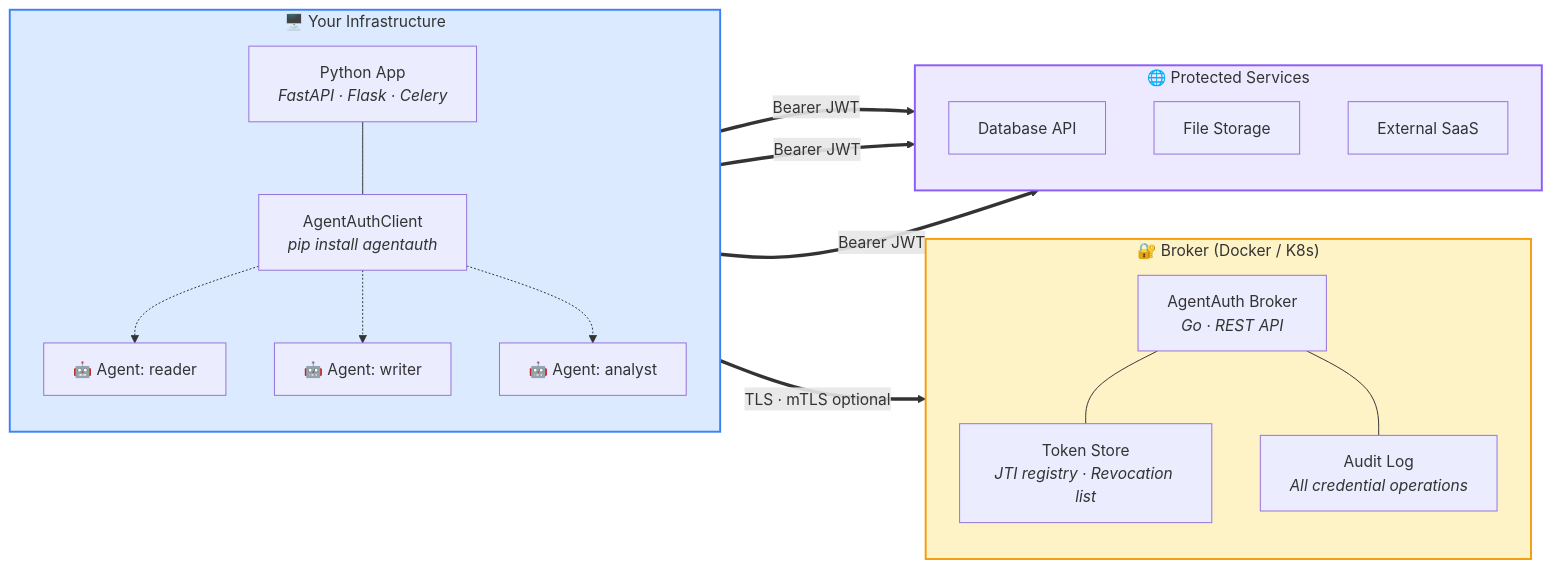
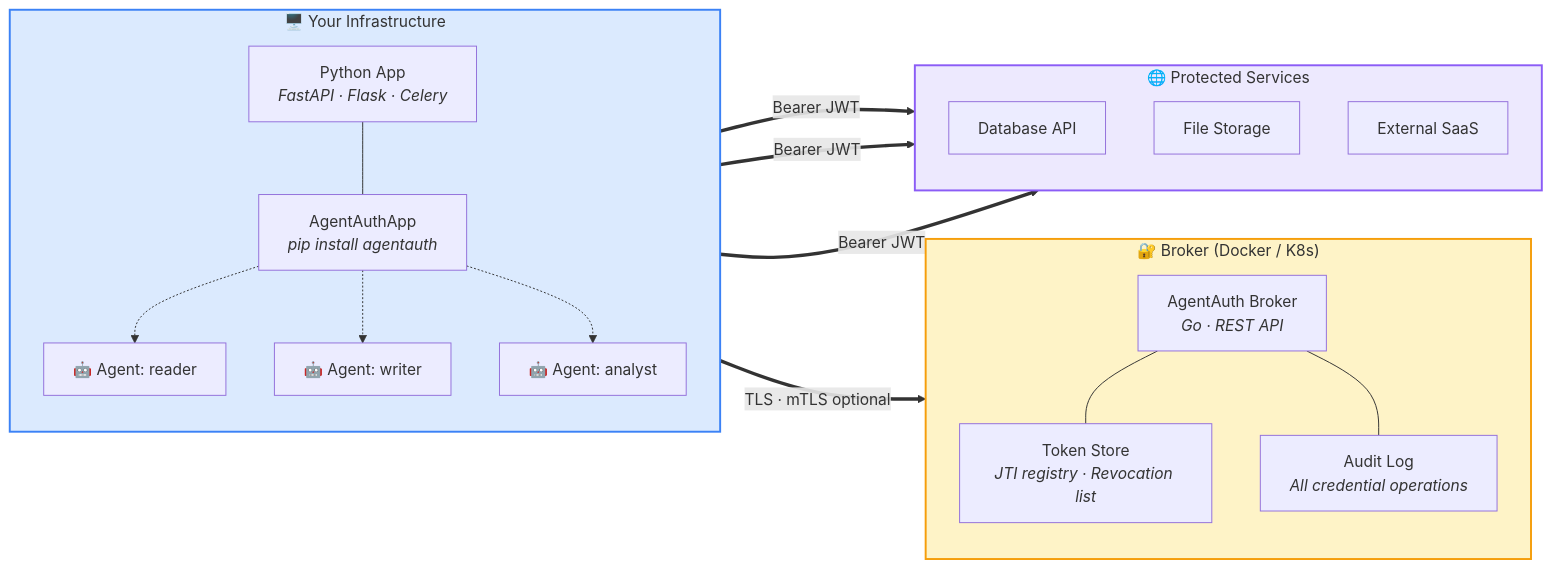
One commit to devonartis/agentwrit-python changed the second of 5 diagrams in README.md. Above: the diagram before and after it, drawn with Mermaid. The commit also changed other lines of this file and 33 other files, not shown here.

First line of the commit message:
refactor: rename AgentAuthClient → AgentAuthApp (Phase 1, G0)

````diff
--- a/README.md
+++ b/README.md
@@ -123,39 +123,39 @@
 ```mermaid
 graph LR
     subgraph AppHost["🖥️ Your Infrastructure"]
         direction TB
         App["Python App<br/><i>FastAPI · Flask · Celery</i>"]
-        SDK["AgentAuthClient<br/><i>pip install agentauth</i>"]
+        SDK["AgentAuthApp<br/><i>pip install agentauth</i>"]
         A1["🤖 Agent: reader"]
         A2["🤖 Agent: writer"]
         A3["🤖 Agent: analyst"]
         App --- SDK
         SDK -.-> A1
         SDK -.-> A2
         SDK -.-> A3
     end
 
     subgraph BrokerHost["🔐 Broker (Docker / K8s)"]
         direction TB
         BrokerAPI["AgentAuth Broker<br/><i>Go · REST API</i>"]
         Store["Token Store<br/><i>JTI registry · Revocation list</i>"]
         Audit["Audit Log<br/><i>All credential operations</i>"]
         BrokerAPI --- Store
         BrokerAPI --- Audit
     end
 
     subgraph Downstream["🌐 Protected Services"]
         direction TB
         DB["Database API"]
         Files["File Storage"]
         Ext["External SaaS"]
     end
 
     SDK ==>|"TLS · mTLS optional"| BrokerAPI
     A1 ==>|"Bearer JWT"| DB
     A2 ==>|"Bearer JWT"| Files
     A3 ==>|"Bearer JWT"| Ext
     style AppHost fill:#dbeafe,stroke:#3b82f6,stroke-width:2px
     style BrokerHost fill:#fef3c7,stroke:#f59e0b,stroke-width:2px
     style Downstream fill:#ede9fe,stroke:#8b5cf6,stroke-width:2px
 ```
````
